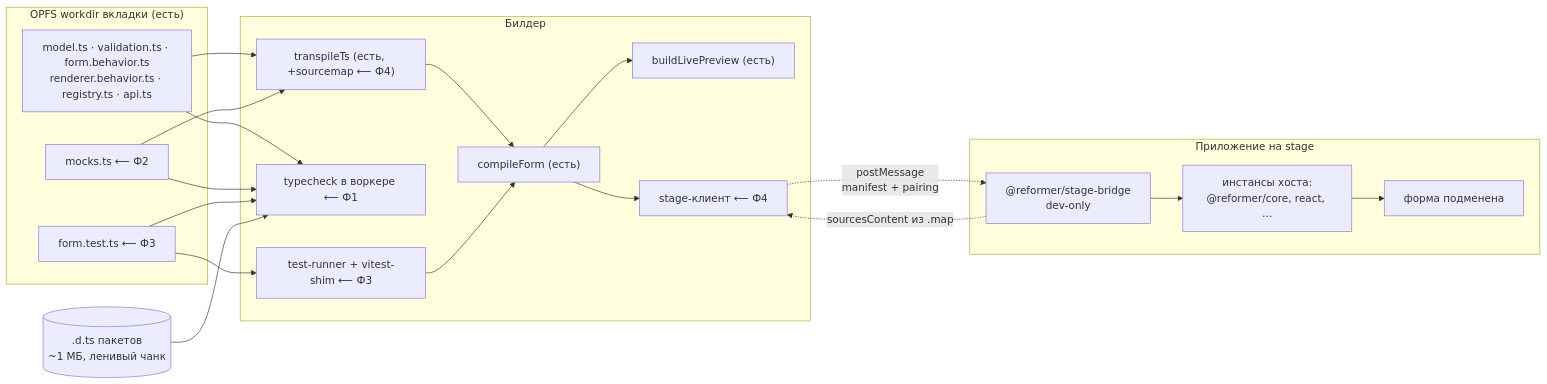
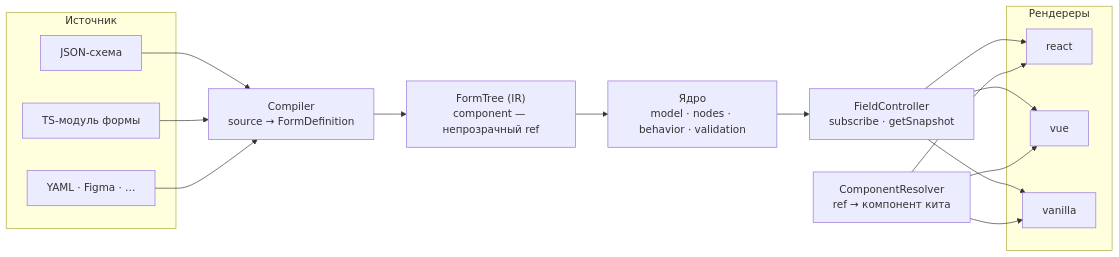
The diagram in docs/plans/spicy-hopping-stallman.md (AlexandrBukhtatyy/ReFormer), drawn with Mermaid before and after one commit. The commit also changed other lines of this file and 3 other files, not shown here.

````diff
--- a/docs/plans/spicy-hopping-stallman.md
+++ b/docs/plans/spicy-hopping-stallman.md
@@ -36,33 +40,24 @@
 ```mermaid
 graph LR
-  subgraph WD["OPFS workdir вкладки (есть)"]
-    F["model.ts · validation.ts · form.behavior.ts<br/>renderer.behavior.ts · registry.ts · api.ts"]
-    M["mocks.ts ⟵ Ф2"]
-    T["form.test.ts ⟵ Ф3"]
+  subgraph S["Источник"]
+    J["JSON-схема"]
+    T["TS-модуль формы"]
+    Y["YAML · Figma · …"]
   end
 
-  subgraph B["Билдер"]
-    TR["transpileTs (есть, +sourcemap ⟵ Ф4)"]
-    CF["compileForm (есть)"]
-    LP["buildLivePreview (есть)"]
-    TC["typecheck в воркере ⟵ Ф1"]
-    RN["test-runner + vitest-shim ⟵ Ф3"]
-    ST["stage-клиент ⟵ Ф4"]
+  C["Compiler<br/>source → FormDefinition"]
+  IR["FormTree (IR)<br/>component — непрозрачный ref"]
+  K["Ядро<br/>model · nodes · behavior · validation"]
+  FC["FieldController<br/>subscribe · getSnapshot"]
+
+  subgraph R["Рендереры"]
+    RR["react"]
+    RV["vue"]
+    RD["vanilla"]
   end
 
-  DTS[(".d.ts пакетов<br/>~1 МБ, ленивый чанк")]
+  RES["ComponentResolver<br/>ref → компонент кита"]
 
-  subgraph S["Приложение на stage"]
-    BR["@reformer/stage-bridge<br/>dev-only"]
-    HOST["инстансы хоста:<br/>@reformer/core, react, …"]
-    FORM["форма подменена"]
-  end
-
-  F & M --> TR --> CF --> LP
-  F & M & T --> TC
-  DTS --> TC
-  T --> RN --> CF
-  CF --> ST -.->|"postMessage<br/>manifest + pairing"| BR
-  BR --> HOST --> FORM
-  BR -.->|"sourcesContent из .map"| ST
+  J & T & Y --> C --> IR --> K --> FC --> RR & RV & RD
+  RES --> RR & RV & RD
 ```
````
